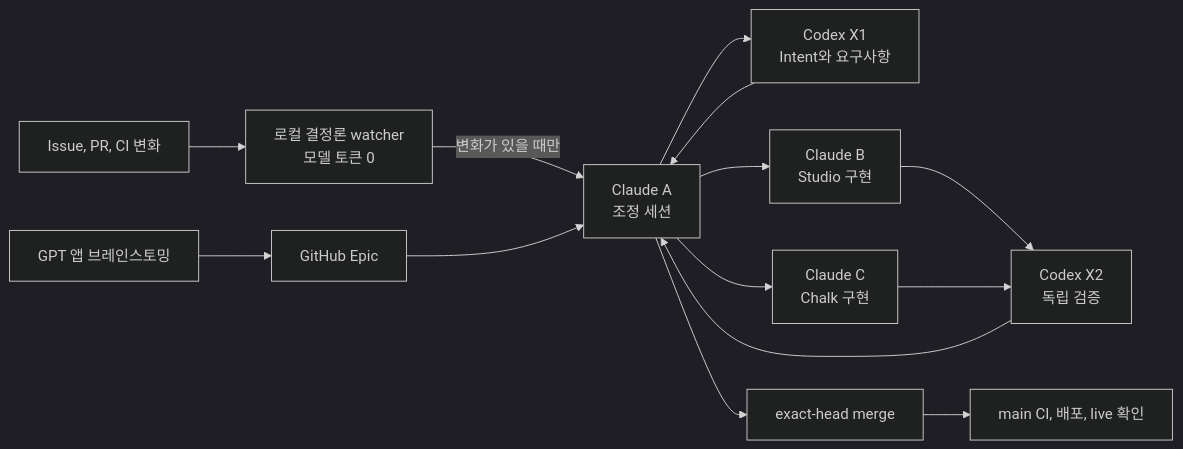
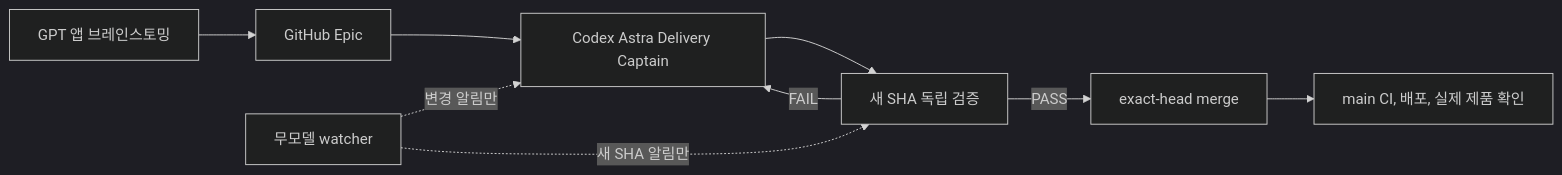
Before and after one commit to jayleekr/hypeproof-harness: the diagram in docs/FIVE-SESSION-DELIVERY.ko.md, drawn with Mermaid (dark theme). The commit also changed other lines of this file and 19 other files, not shown here.

First line of the commit message:
feat(delivery): 5세션 릴레이를 Astra Delivery Captain으로 대체한다 (#184)

````diff
--- a/docs/FIVE-SESSION-DELIVERY.ko.md
+++ b/docs/FIVE-SESSION-DELIVERY.ko.md
@@ -8,16 +10,11 @@
 ```mermaid
 flowchart LR
   GPT[GPT 앱 브레인스토밍] --> EPIC[GitHub Epic]
-  GH[Issue, PR, CI 변화] --> W[로컬 결정론 watcher<br/>모델 토큰 0]
-  W -->|변화가 있을 때만| A[Claude A<br/>조정 세션]
-  EPIC --> A
-  A --> X1[Codex X1<br/>Intent와 요구사항]
-  A --> B[Claude B<br/>Studio 구현]
-  A --> C[Claude C<br/>Chalk 구현]
-  B --> X2[Codex X2<br/>독립 검증]
-  C --> X2
-  X1 --> A
-  X2 --> A
-  A --> MERGE[exact-head merge]
-  MERGE --> LIVE[main CI, 배포, live 확인]
+  EPIC --> CAPTAIN[Codex Astra Delivery Captain]
+  CAPTAIN --> VERIFY[새 SHA 독립 검증]
+  VERIFY -->|FAIL| CAPTAIN
+  VERIFY -->|PASS| MERGE[exact-head merge]
+  MERGE --> LIVE[main CI, 배포, 실제 제품 확인]
+  WATCH[무모델 watcher] -. 변경 알림만 .-> CAPTAIN
+  WATCH -. 새 SHA 알림만 .-> VERIFY
 ```
````
